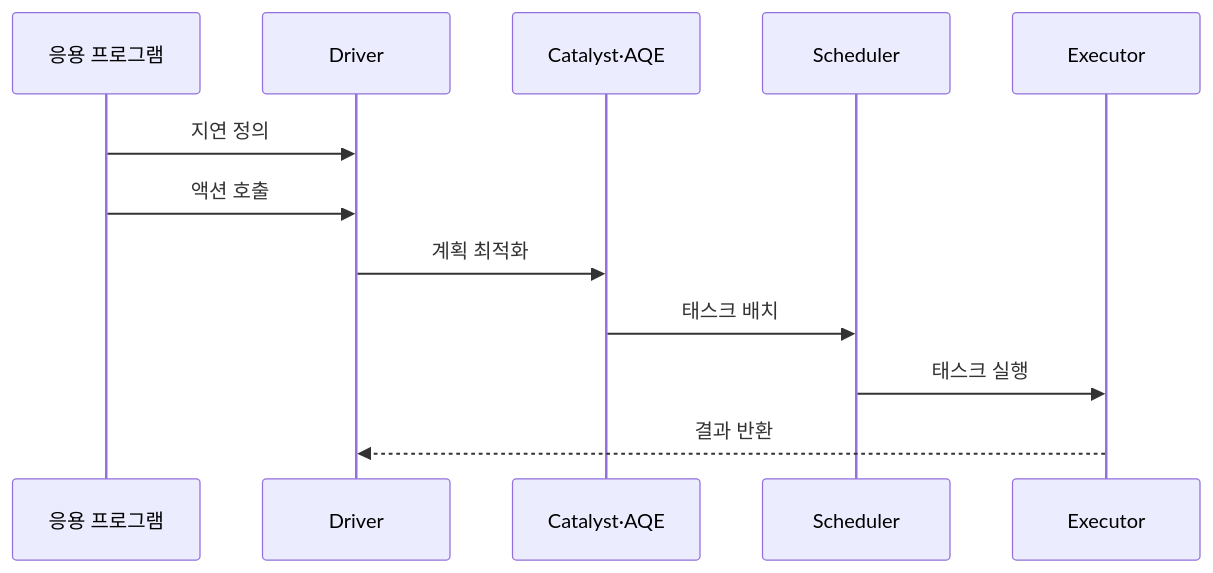
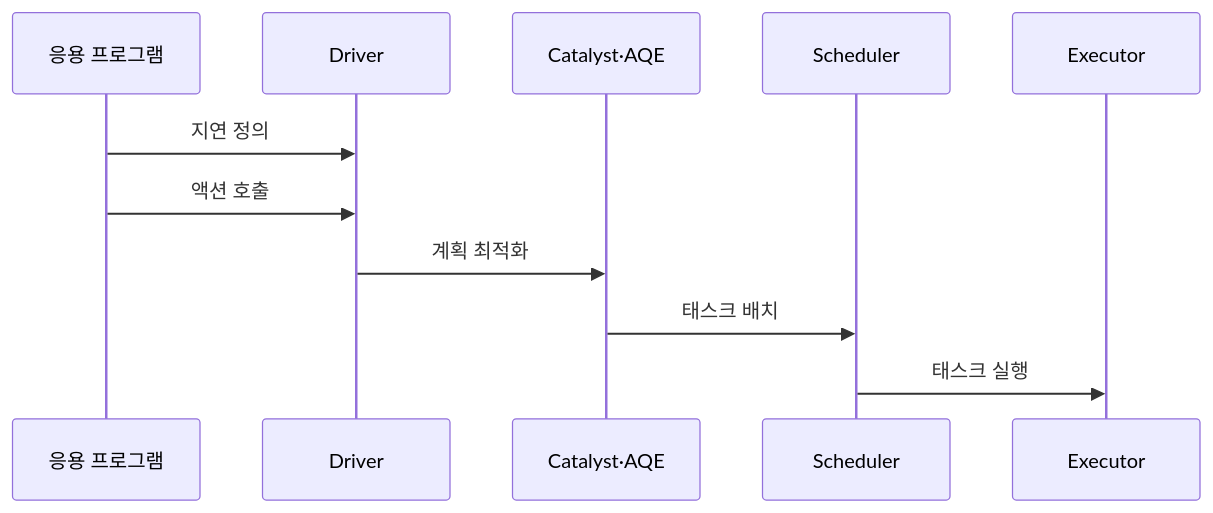
The second of 2 diagrams in src/content/docs/notes/03-software/117_apache_spark.md (agnusdei1207/knowledge-base), drawn with Mermaid before and after one commit. The commit also changed other lines of this file and 13 other files, not shown here.

````diff
--- a/src/content/docs/notes/03-software/117_apache_spark.md
+++ b/src/content/docs/notes/03-software/117_apache_spark.md
@@ -99,14 +99,13 @@
 ```mermaid
 sequenceDiagram
     participant U as 응용 프로그램
     participant D as Driver
     participant C as Catalyst·AQE
     participant S as Scheduler
     participant E as Executor
     U->>D: 지연 정의
     U->>D: 액션 호출
     D->>C: 계획 최적화
     C->>S: 태스크 배치
     S->>E: 태스크 실행
-    E-->>D: 결과 반환
 ```
````
